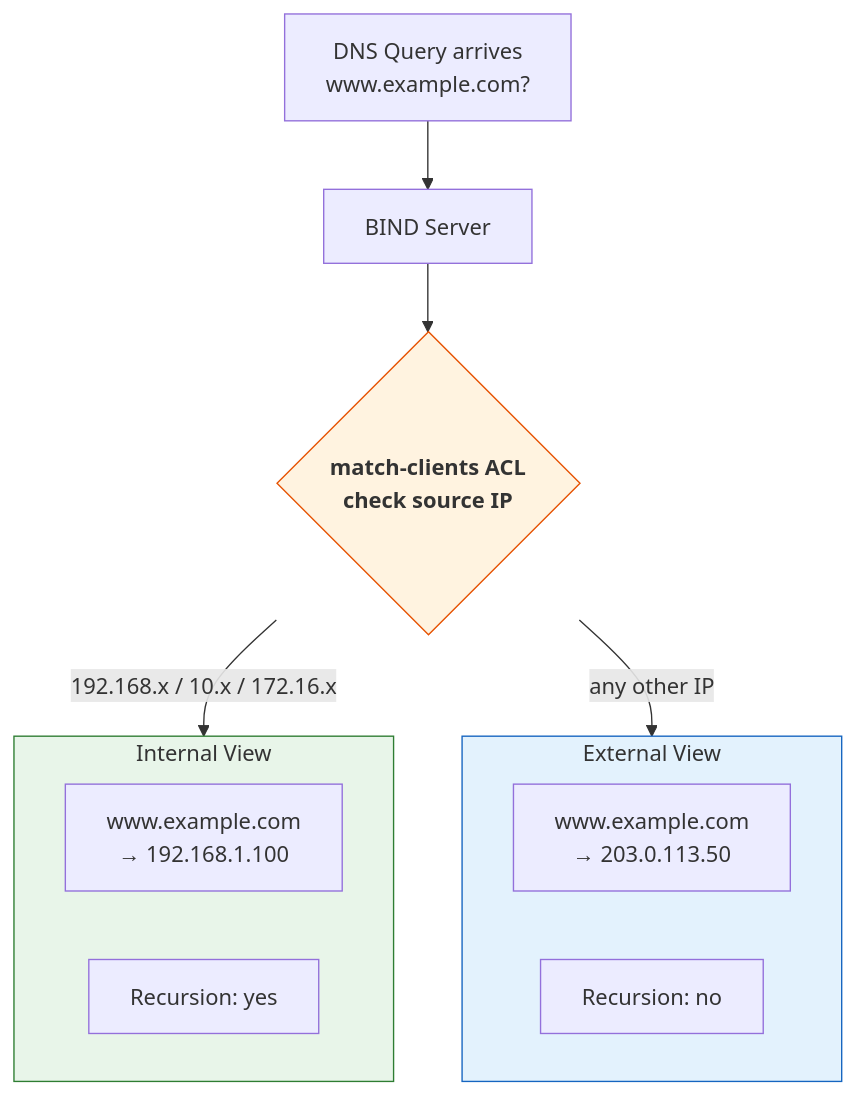
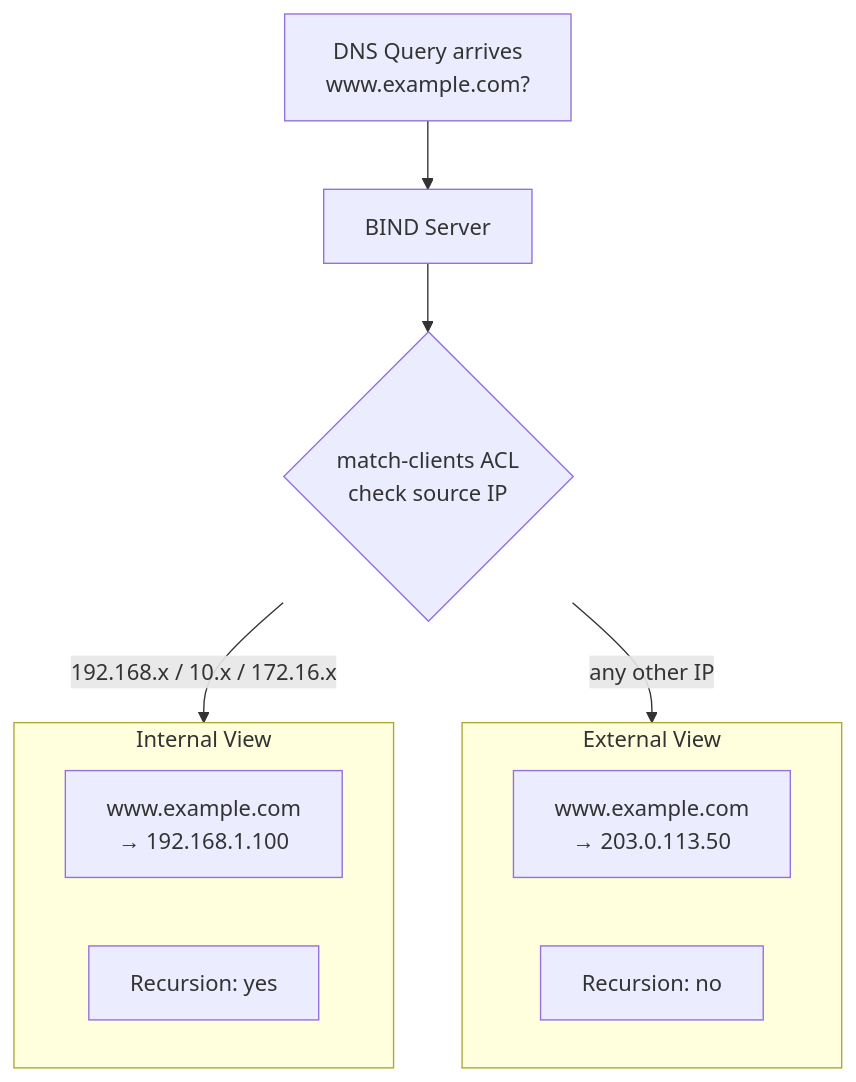
One commit to ringo380/guides changed the diagram in DNS Administration/bind.md. Above: the diagram before and after it, drawn with Mermaid. The commit also changed 2 other files, not shown here.

Commit message:
docs(dns-administration): remove hardcoded Mermaid colors for theme compatibility
Strip all classDef and style directives from Mermaid diagrams so
MkDocs Material's built-in theme handles light/dark mode automatically.
Fixes unreadable text and white blocks when toggling color schemes.

````diff
--- a/DNS Administration/bind.md
+++ b/DNS Administration/bind.md
@@ -347,25 +347,21 @@
 ```mermaid
 flowchart TD
     Q["DNS Query arrives<br/>www.example.com?"]
     BIND["BIND Server"]
     ACL{"match-clients ACL<br/>check source IP"}
 
     Q --> BIND --> ACL
 
     ACL -->|"192.168.x / 10.x / 172.16.x"| INT
     ACL -->|"any other IP"| EXT
 
     subgraph INT ["Internal View"]
         IR["www.example.com<br/>→ 192.168.1.100"]
         IF["Recursion: yes"]
     end
 
     subgraph EXT ["External View"]
         ER["www.example.com<br/>→ 203.0.113.50"]
         EF["Recursion: no"]
     end
-
-    style INT fill:#e8f5e9,stroke:#2e7d32
-    style EXT fill:#e3f2fd,stroke:#1565c0
-    style ACL fill:#fff3e0,stroke:#e65100,font-weight:bold
 ```
````
